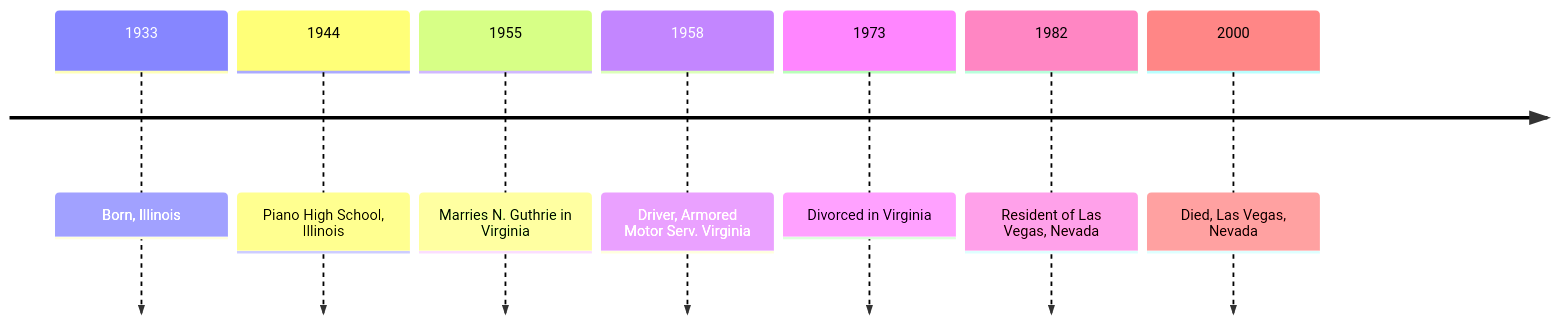
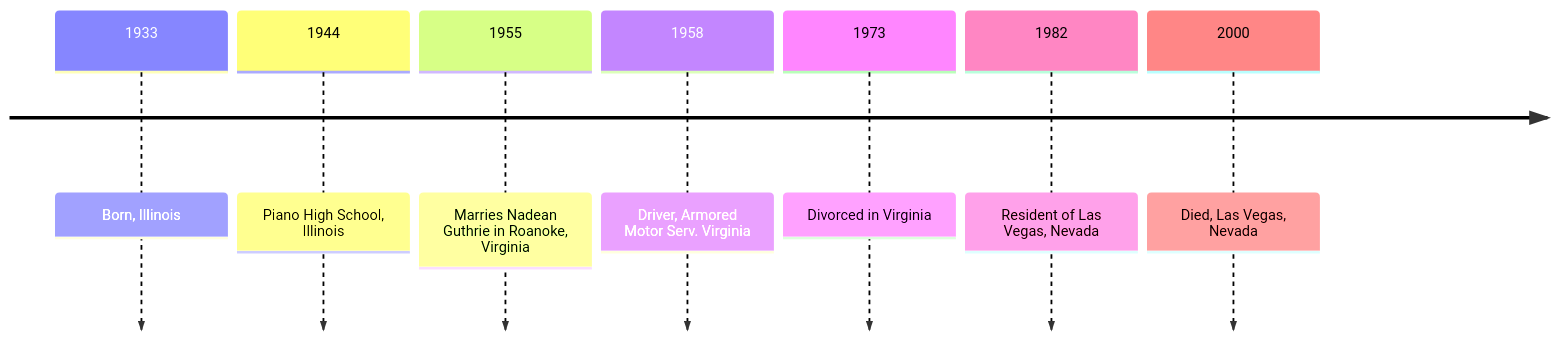
One commit to Black-Star-Institute/blackstar.github.io changed the first of 2 diagrams in docs/people/burisch_harry.md. Above: the diagram before and after it, drawn with Mermaid. The commit also changed other lines of this file and 3 other files, not shown here.

````diff
--- a/docs/people/burisch_harry.md
+++ b/docs/people/burisch_harry.md
@@ -15,10 +15,10 @@
 ```mermaid
 timeline
   1933 : Born, Illinois
   1944 : Piano High School, Illinois
-  1955 : Marries N. Guthrie in Virginia
+  1955 : Marries Nadean Guthrie in Roanoke, Virginia
   1958 : Driver, Armored Motor Serv. Virginia
   1973 : Divorced in Virginia
   1982 : Resident of Las Vegas, Nevada
   2000 : Died, Las Vegas, Nevada
 ```
````
